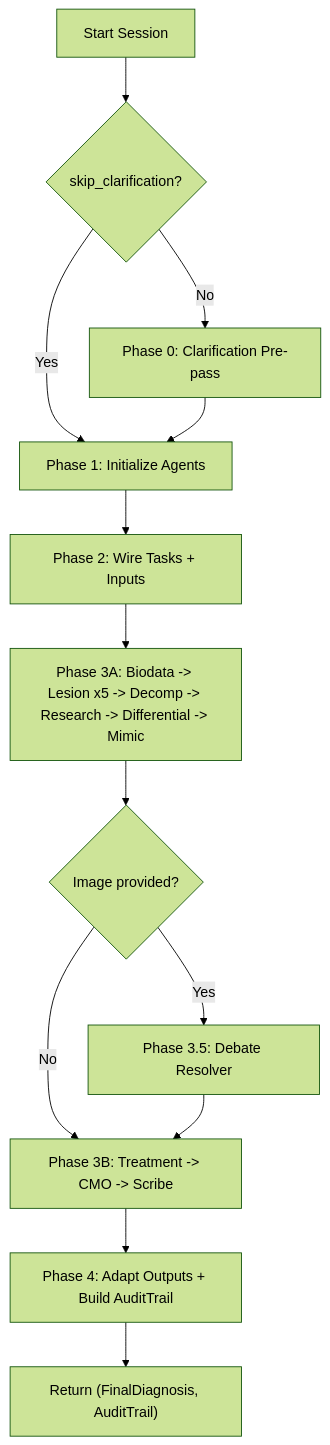
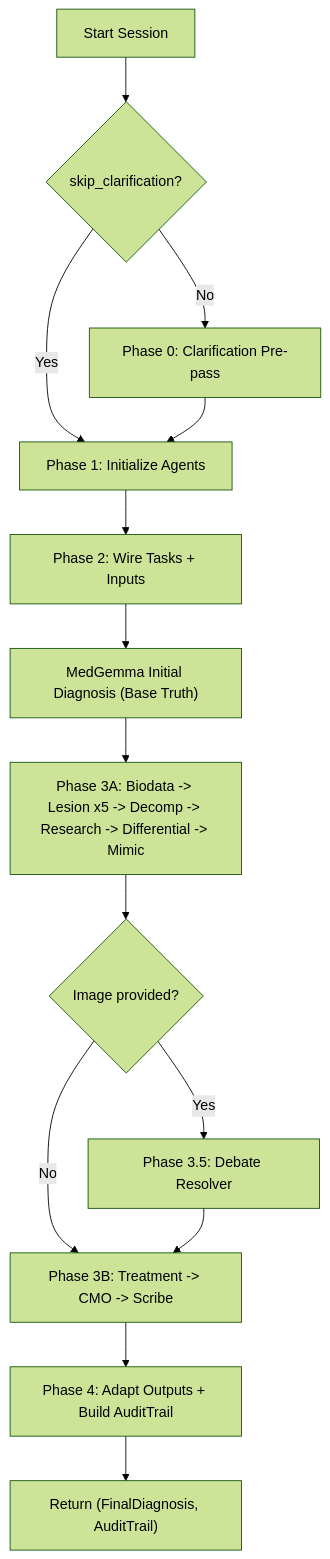
One commit to Missing-Identity/AgenticDermaAI changed the third of 10 diagrams in README.md. Above: the diagram before and after it, drawn with Mermaid (forest theme). The commit also changed other lines of this file and 4 other files, not shown here.

````diff
--- a/README.md
+++ b/README.md
@@ -71,16 +107,17 @@
 ```mermaid
 flowchart TD
     startNode["Start Session"] --> clarifCheck{"skip_clarification?"}
     clarifCheck -->|No| prepass["Phase 0: Clarification Pre-pass"]
     clarifCheck -->|Yes| initAgents["Phase 1: Initialize Agents"]
     prepass --> initAgents
 
     initAgents --> wireTasks["Phase 2: Wire Tasks + Inputs"]
-    wireTasks --> phaseA["Phase 3A: Biodata -> Lesion x5 -> Decomp -> Research -> Differential -> Mimic"]
+    wireTasks --> medgemmaInit["MedGemma Initial Diagnosis (Base Truth)"]
+    medgemmaInit --> phaseA["Phase 3A: Biodata -> Lesion x5 -> Decomp -> Research -> Differential -> Mimic"]
     phaseA --> hasImage{"Image provided?"}
     hasImage -->|Yes| debate["Phase 3.5: Debate Resolver"]
     hasImage -->|No| phaseB
     debate --> phaseB["Phase 3B: Treatment -> CMO -> Scribe"]
     phaseB --> collect["Phase 4: Adapt Outputs + Build AuditTrail"]
     collect --> returnResult["Return (FinalDiagnosis, AuditTrail)"]
 ```
````
